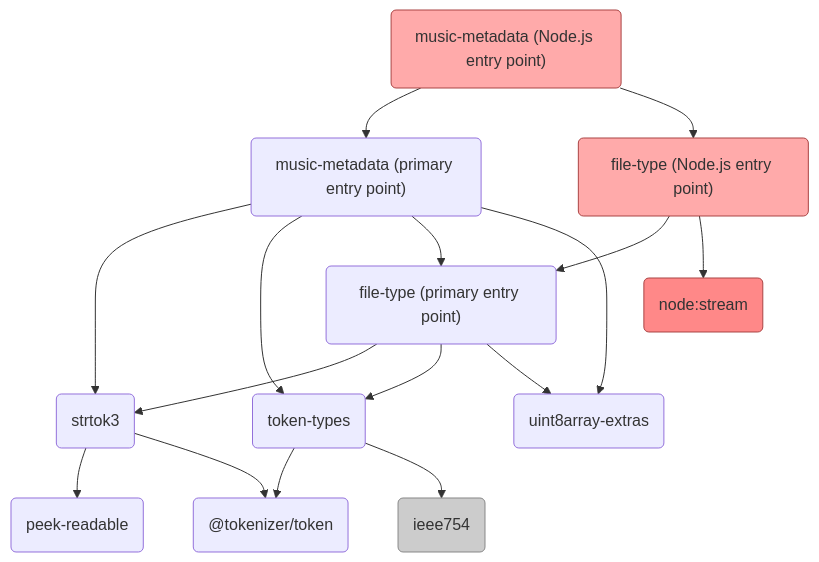
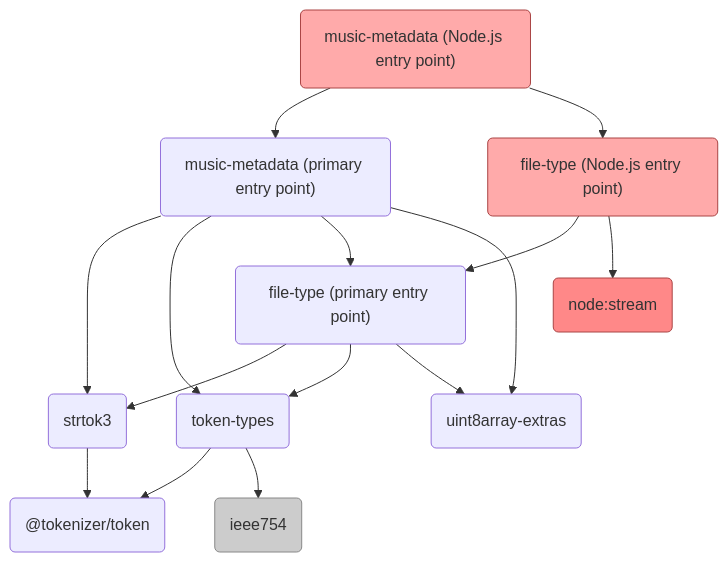
The diagram in README.md (Borewit/music-metadata), drawn with Mermaid before and after one commit. The commit also changed other lines of this file and 2 other files, not shown here.

Commit message:
Update dependency strtok3 v10.3.0, deprecating `peek-readable` module

````diff
--- a/README.md
+++ b/README.md
@@ -744,23 +744,22 @@
 ```mermaid
 graph TD;
     MMN("music-metadata (Node.js entry point)")-->MMP
     MMN-->FTN
     MMP("music-metadata (primary entry point)")-->S(strtok3)
     MMP-->TY(token-types)
     MMP-->FTP
     MMP-->UAE
     FTN("file-type (Node.js entry point)")-->FTP
     FTP("file-type (primary entry point)")-->S
-    S(strtok3)-->P(peek-readable)
     S(strtok3)-->TO("@tokenizer/token")
     TY(token-types)-->TO
     TY-->IE("ieee754")
     FTP-->TY
     NS("node:stream")
     FTN-->NS
     FTP-->UAE(uint8array-extras)
     style NS fill:#F88,stroke:#A44
     style IE fill:#CCC,stroke:#888
     style FTN fill:#FAA,stroke:#A44
     style MMN fill:#FAA,stroke:#A44
 ```
````
